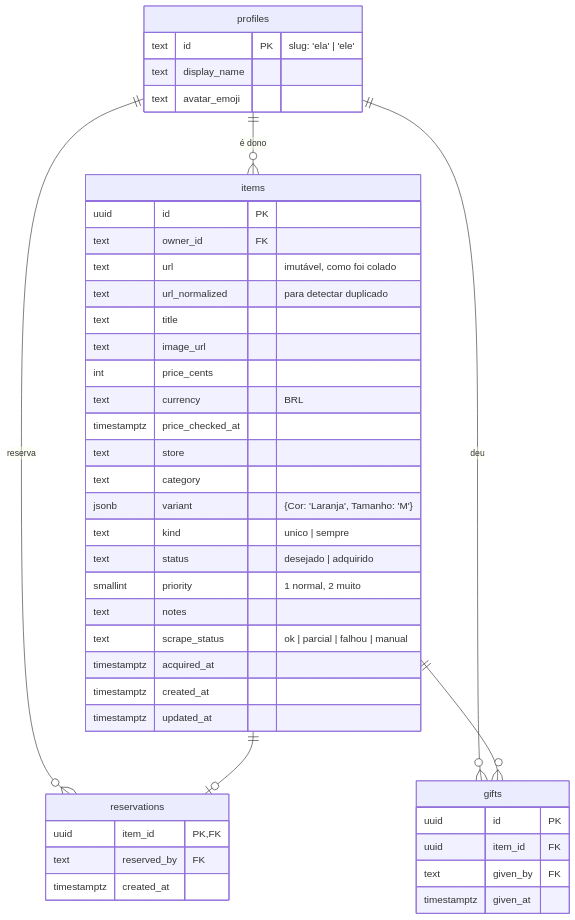
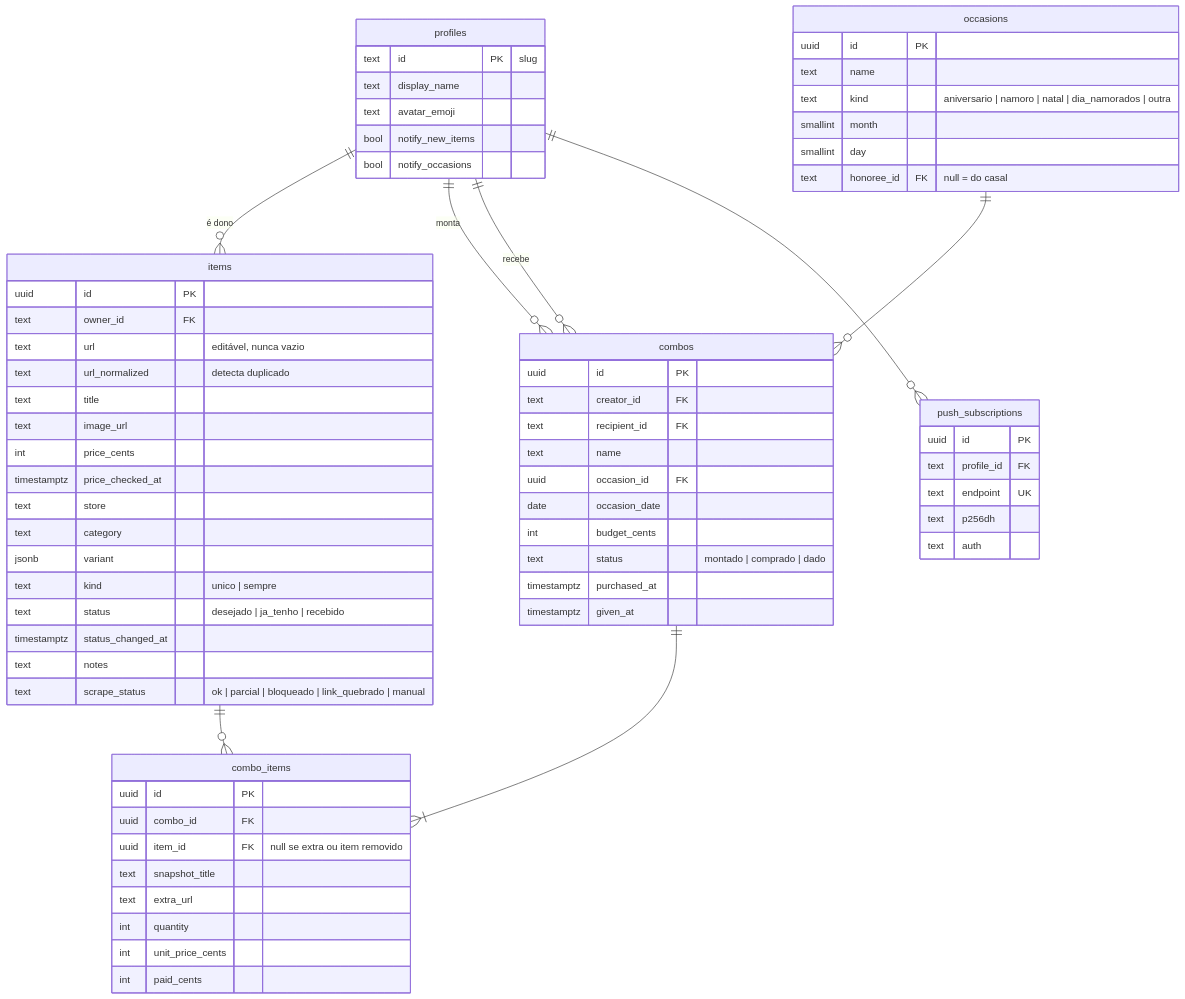
Before and after one commit to LauraPontara/love-wishlist: the second of 3 diagrams in docs/arquitetura.md, drawn with Mermaid. The commit also changed other lines of this file and 8 other files, not shown here.

First line of the commit message:
docs+db: requisitos fechados, combos de presente e schema inicial

````diff
--- a/docs/arquitetura.md
+++ b/docs/arquitetura.md
@@ -61,47 +59,73 @@
 ```mermaid
 erDiagram
   profiles ||--o{ items : "é dono"
-  profiles ||--o{ reservations : "reserva"
-  profiles ||--o{ gifts : "deu"
-  items ||--o| reservations : ""
-  items ||--o{ gifts : ""
+  profiles ||--o{ combos : "monta"
+  profiles ||--o{ combos : "recebe"
+  combos ||--|{ combo_items : ""
+  items ||--o{ combo_items : ""
+  occasions ||--o{ combos : ""
+  profiles ||--o{ push_subscriptions : ""
 
   profiles {
-    text id PK "slug: 'ela' | 'ele'"
+    text id PK "slug"
     text display_name
     text avatar_emoji
+    bool notify_new_items
+    bool notify_occasions
   }
   items {
     uuid id PK
     text owner_id FK
-    text url "imutável, como foi colado"
-    text url_normalized "para detectar duplicado"
+    text url "editável, nunca vazio"
+    text url_normalized "detecta duplicado"
     text title
     text image_url
-    int  price_cents
-    text currency "BRL"
+    int price_cents
     timestamptz price_checked_at
     text store
     text category
-    jsonb variant "{Cor: 'Laranja', Tamanho: 'M'}"
+    jsonb variant
     text kind "unico | sempre"
-    text status "desejado | adquirido"
-    smallint priority "1 normal, 2 muito"
+    text status "desejado | ja_tenho | recebido"
+    timestamptz status_changed_at
     text notes
-    text scrape_status "ok | parcial | falhou | manual"
-    timestamptz acquired_at
-    timestamptz created_at
-    timestamptz updated_at
+    text scrape_status "ok | parcial | bloqueado | link_quebrado | manual"
   }
-  reservations {
-    uuid item_id PK,FK
-    text reserved_by FK
-    timestamptz created_at
+  occasions {
+    uuid id PK
+    text name
+    text kind "aniversario | namoro | natal | dia_namorados | outra"
+    smallint month
+    smallint day
+    text honoree_id FK "null = do casal"
   }
-  gifts {
+  combos {
     uuid id PK
-    uuid item_id FK
-    text given_by FK
+    text creator_id FK
+    text recipient_id FK
+    text name
+    uuid occasion_id FK
+    date occasion_date
+    int budget_cents
+    text status "montado | comprado | dado"
+    timestamptz purchased_at
     timestamptz given_at
   }
+  combo_items {
+    uuid id PK
+    uuid combo_id FK
+    uuid item_id FK "null se extra ou item removido"
+    text snapshot_title
+    text extra_url
+    int quantity
+    int unit_price_cents
+    int paid_cents
+  }
+  push_subscriptions {
+    uuid id PK
+    text profile_id FK
+    text endpoint UK
+    text p256dh
+    text auth
+  }
 ```
````
